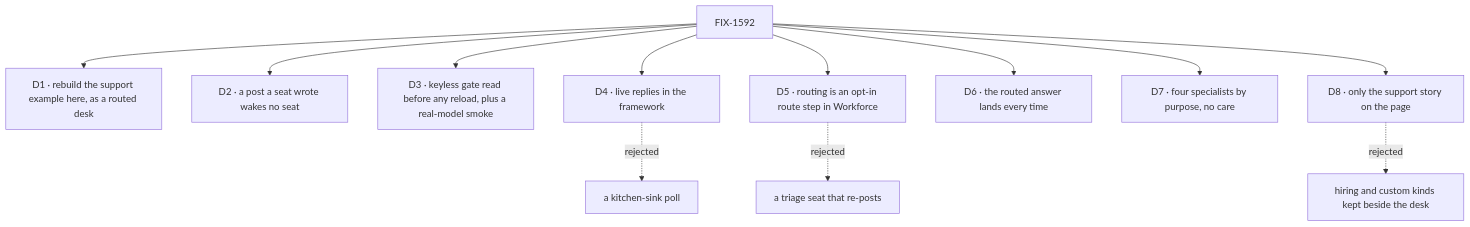
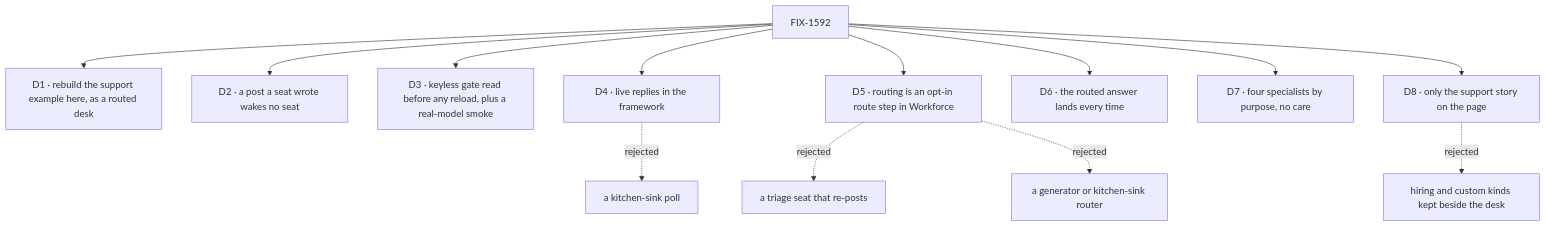
The diagram in specs/epics/FIX-1592/DECISIONS.md (fixpoint-labs/flow-state-dev), drawn with Mermaid before and after one commit. The commit also changed other lines of this file and 4 other files, not shown here.

````diff
--- a/specs/epics/FIX-1592/DECISIONS.md
+++ b/specs/epics/FIX-1592/DECISIONS.md
@@ -11,14 +11,15 @@
 ```mermaid
 flowchart TD
   E["FIX-1592"] --> D1["D1 · rebuild the support example here, as a routed desk"]
   E --> D2["D2 · a post a seat wrote wakes no seat"]
   E --> D3["D3 · keyless gate read before any reload, plus a real-model smoke"]
   E --> D4["D4 · live replies in the framework"]
   D4 -.->|"rejected"| X4["a kitchen-sink poll"]
   E --> D5["D5 · routing is an opt-in route step in Workforce"]
   D5 -.->|"rejected"| X5["a triage seat that re-posts"]
+  D5 -.->|"rejected"| X5b["a generator or kitchen-sink router"]
   E --> D6["D6 · the routed answer lands every time"]
   E --> D7["D7 · four specialists by purpose, no care"]
   E --> D8["D8 · only the support story on the page"]
   D8 -.->|"rejected"| X8["hiring and custom kinds kept beside the desk"]
 ```
````
